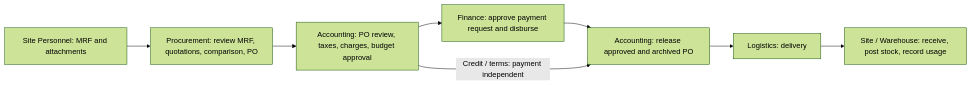
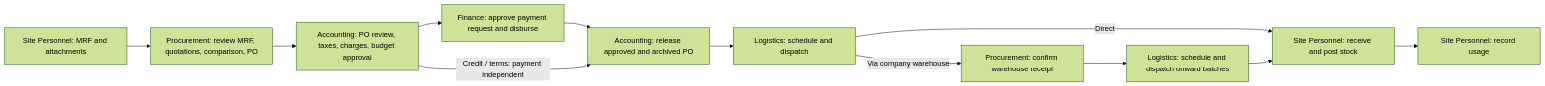
One commit to yaboii-jah/HML-Prototype changed the diagram in docs/APP_CONTEXT.md. Above: the diagram before and after it, drawn with Mermaid (forest theme). The commit also changed other lines of this file and 66 other files, not shown here.

````diff
--- a/docs/APP_CONTEXT.md
+++ b/docs/APP_CONTEXT.md
@@ -30,10 +30,14 @@
 ```mermaid
 flowchart LR
   Site[Site Personnel: MRF and attachments] --> Procurement[Procurement: review MRF, quotations, comparison, PO]
   Procurement --> Accounting[Accounting: PO review, taxes, charges, budget approval]
   Accounting --> Payment[Finance: approve payment request and disburse]
   Payment --> Release[Accounting: release approved and archived PO]
   Accounting -->|Credit / terms: payment independent| Release
-  Release --> Logistics[Logistics: delivery]
-  Logistics --> Warehouse[Site / Warehouse: receive, post stock, record usage]
+  Release --> Logistics[Logistics: schedule and dispatch]
+  Logistics -->|Direct| SiteReceive[Site Personnel: receive and post stock]
+  Logistics -->|Via company warehouse| CompanyWarehouse[Procurement: confirm warehouse receipt]
+  CompanyWarehouse --> Forward[Logistics: schedule and dispatch onward batches]
+  Forward --> SiteReceive
+  SiteReceive --> Usage[Site Personnel: record usage]
 ```
````
